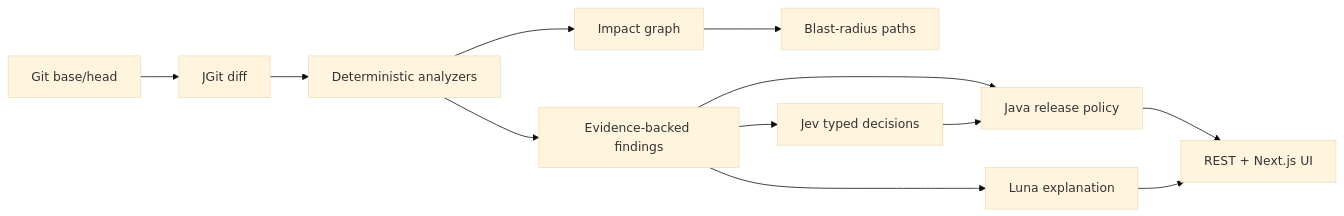
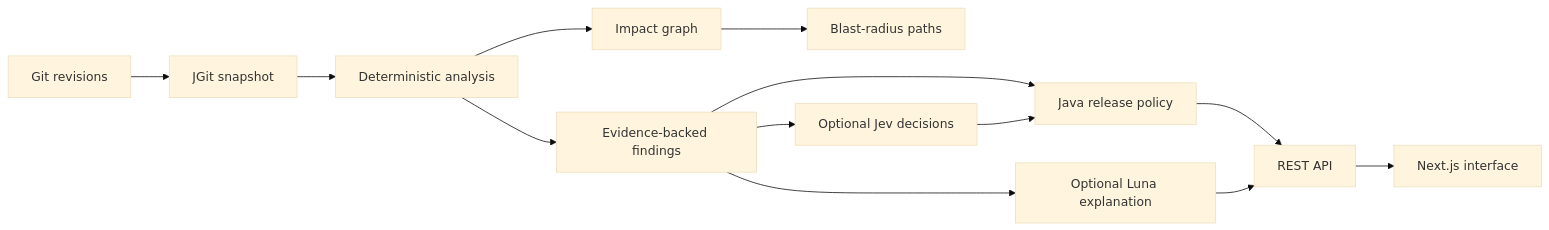
Before and after one commit to aniket-deshkar/ReleaseLens: the diagram in README.md, drawn with Mermaid (base theme). The commit also changed other lines of this file and 11 other files, not shown here.

Commit message:
Improve architecture documentation

````diff
--- a/README.md
+++ b/README.md
@@ -23,14 +19,15 @@
 ```mermaid
 flowchart LR
-  G[Git base/head] --> D[JGit diff]
-  D --> A[Deterministic analyzers]
-  A --> F[Evidence-backed findings]
-  A --> X[Impact graph]
-  X --> B[Blast-radius paths]
-  F --> J[Jev typed decisions]
-  F --> P[Java release policy]
+  G[Git revisions] --> D[JGit snapshot]
+  D --> A[Deterministic analysis]
+  A --> E[Evidence-backed findings]
+  A --> I[Impact graph]
+  I --> B[Blast-radius paths]
+  E --> J[Optional Jev decisions]
+  E --> P[Java release policy]
   J --> P
-  F --> L[Luna explanation]
-  P --> U[REST + Next.js UI]
-  L --> U
+  E --> L[Optional Luna explanation]
+  P --> R[REST API]
+  L --> R
+  R --> U[Next.js interface]
 ```
````
